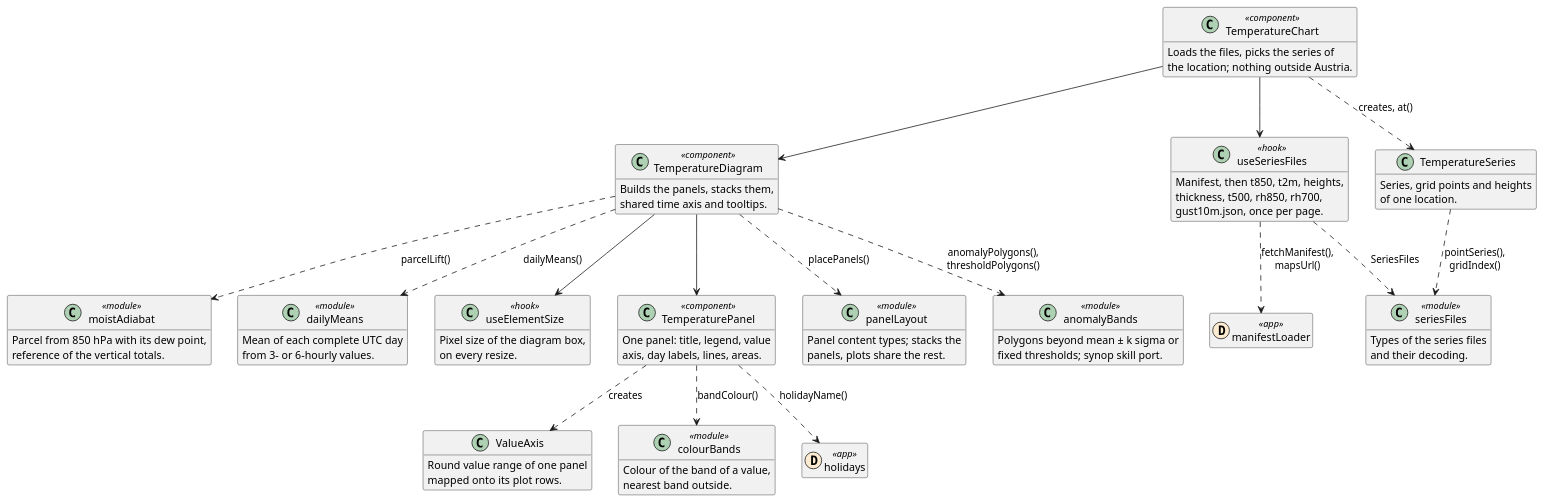
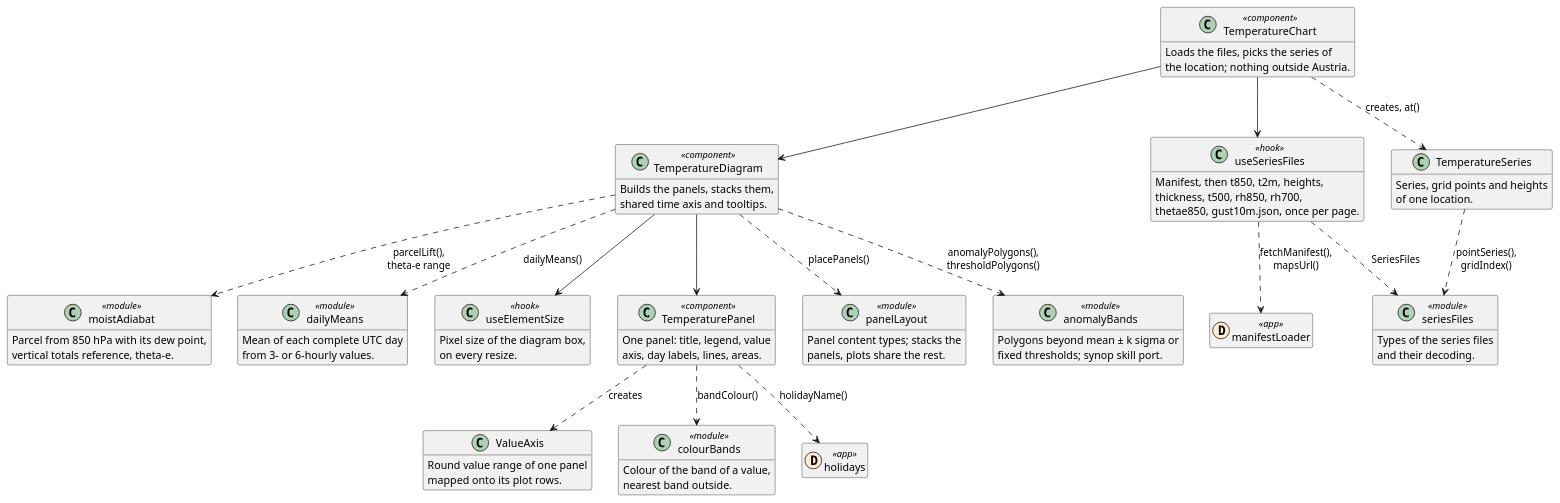
Before and after one commit to schletz/wetterkartenviewer: the second of 2 diagrams in REFERENCE.webapp.md, drawn with PlantUML. The commit also changed other lines of this file and 19 other files, not shown here.

````diff
--- a/REFERENCE.webapp.md
+++ b/REFERENCE.webapp.md
@@ -168,75 +168,75 @@
 ```plantuml
 @startuml temperature
 hide empty members
 class TemperatureChart <<component>> {
  Loads the files, picks the series of
  the location; nothing outside Austria.
 }
 class TemperatureDiagram <<component>> {
  Builds the panels, stacks them,
  shared time axis and tooltips.
 }
 class TemperaturePanel <<component>> {
  One panel: title, legend, value
  axis, day labels, lines, areas.
 }
 class useSeriesFiles <<hook>> {
  Manifest, then t850, t2m, heights,
  thickness, t500, rh850, rh700,
- gust10m.json, once per page.
+ thetae850, gust10m.json, once per page.
 }
 class TemperatureSeries {
  Series, grid points and heights
  of one location.
 }
 class panelLayout <<module>> {
  Panel content types; stacks the
  panels, plots share the rest.
 }
 class ValueAxis {
  Round value range of one panel
  mapped onto its plot rows.
 }
 class anomalyBands <<module>> {
  Polygons beyond mean ± k sigma or
  fixed thresholds; synop skill port.
 }
 class moistAdiabat <<module>> {
  Parcel from 850 hPa with its dew point,
- reference of the vertical totals.
+ vertical totals reference, theta-e.
 }
 class dailyMeans <<module>> {
  Mean of each complete UTC day
  from 3- or 6-hourly values.
 }
 class colourBands <<module>> {
  Colour of the band of a value,
  nearest band outside.
 }
 class seriesFiles <<module>> {
  Types of the series files
  and their decoding.
 }
 class useElementSize <<hook>> {
  Pixel size of the diagram box,
  on every resize.
 }
 class manifestLoader << (D,#fdebd1) app >>
 class holidays << (D,#fdebd1) app >>
 TemperatureChart --> useSeriesFiles
 TemperatureChart ..> TemperatureSeries : creates, at()
 TemperatureChart --> TemperatureDiagram
 useSeriesFiles ..> manifestLoader : fetchManifest(),\nmapsUrl()
 useSeriesFiles ..> seriesFiles : SeriesFiles
 TemperatureSeries ..> seriesFiles : pointSeries(),\ngridIndex()
 TemperatureDiagram ..> panelLayout : placePanels()
 TemperatureDiagram ..> anomalyBands : anomalyPolygons(),\nthresholdPolygons()
-TemperatureDiagram ..> moistAdiabat : parcelLift()
+TemperatureDiagram ..> moistAdiabat : parcelLift(),\ntheta-e range
 TemperatureDiagram ..> dailyMeans : dailyMeans()
 TemperatureDiagram --> TemperaturePanel
 TemperatureDiagram --> useElementSize
 TemperaturePanel ..> ValueAxis : creates
 TemperaturePanel ..> holidays : holidayName()
 TemperaturePanel ..> colourBands : bandColour()
 @enduml
 ```
````
